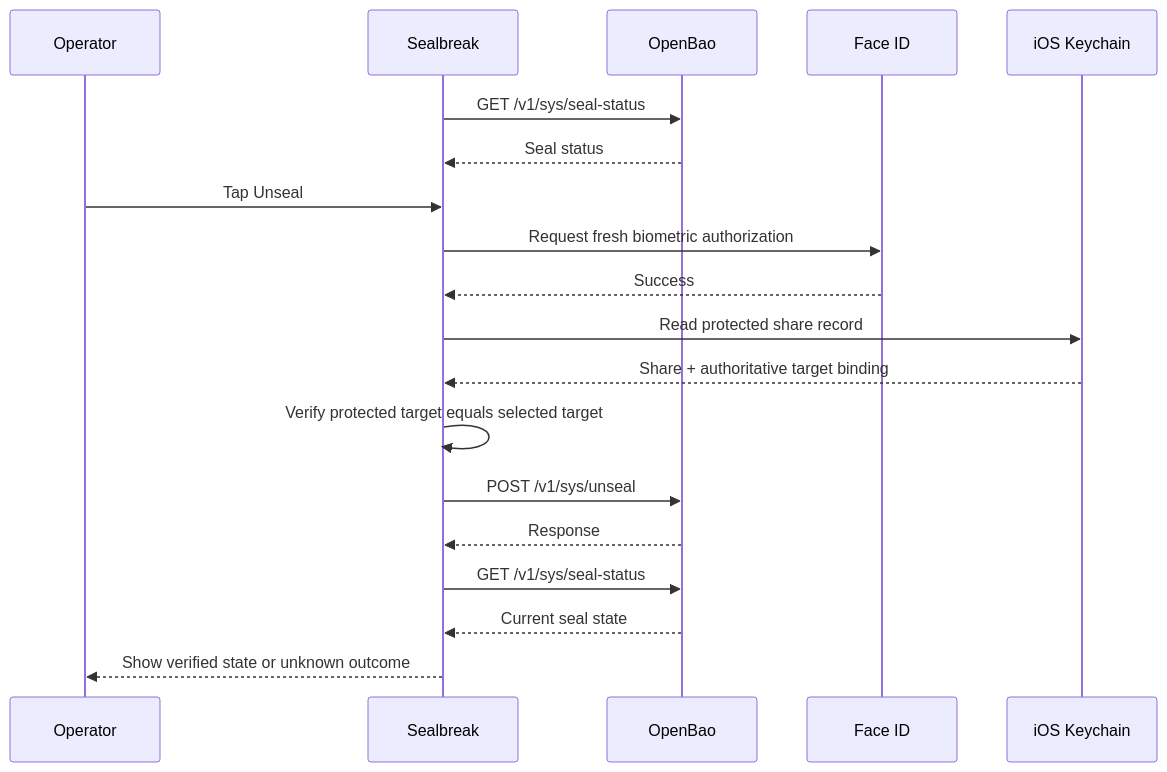
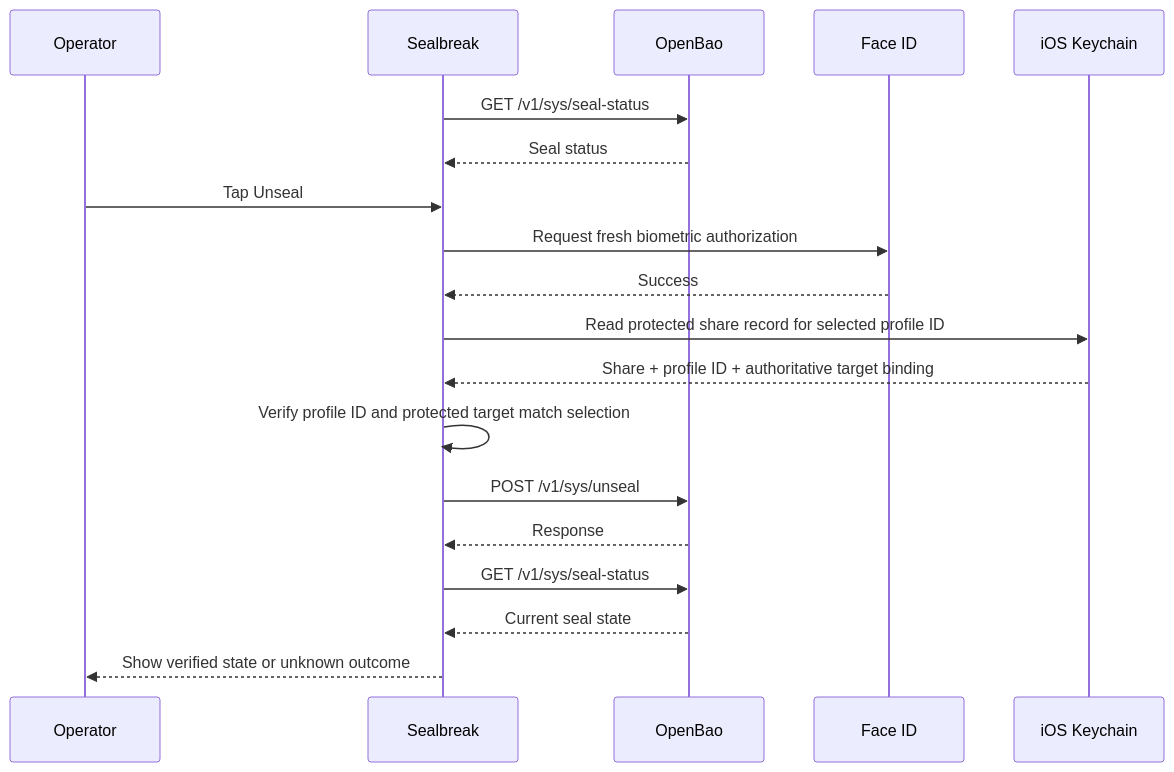
The second of 2 diagrams in THREAT_MODEL.md (GeorgesAlkhouri/sealbreak), drawn with Mermaid before and after one commit. The commit also changed other lines of this file and 20 other files, not shown here.

````diff
--- a/THREAT_MODEL.md
+++ b/THREAT_MODEL.md
@@ -117,25 +117,25 @@
 ```mermaid
 sequenceDiagram
     participant U as Operator
     participant A as Sealbreak
     participant O as OpenBao
     participant F as Face ID
     participant K as iOS Keychain
 
     A->>O: GET /v1/sys/seal-status
     O-->>A: Seal status
 
     U->>A: Tap Unseal
     A->>F: Request fresh biometric authorization
     F-->>A: Success
 
-    A->>K: Read protected share record
-    K-->>A: Share + authoritative target binding
-    A->>A: Verify protected target equals selected target
+    A->>K: Read protected share record for selected profile ID
+    K-->>A: Share + profile ID + authoritative target binding
+    A->>A: Verify profile ID and protected target match selection
     A->>O: POST /v1/sys/unseal
     O-->>A: Response
 
     A->>O: GET /v1/sys/seal-status
     O-->>A: Current seal state
     A-->>U: Show verified state or unknown outcome
 ```
````
